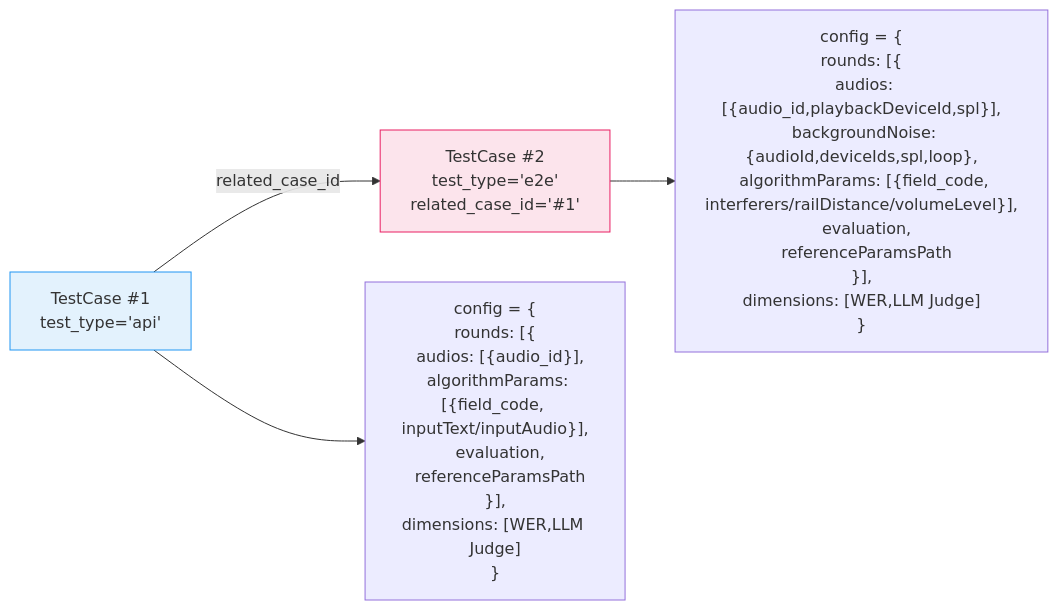
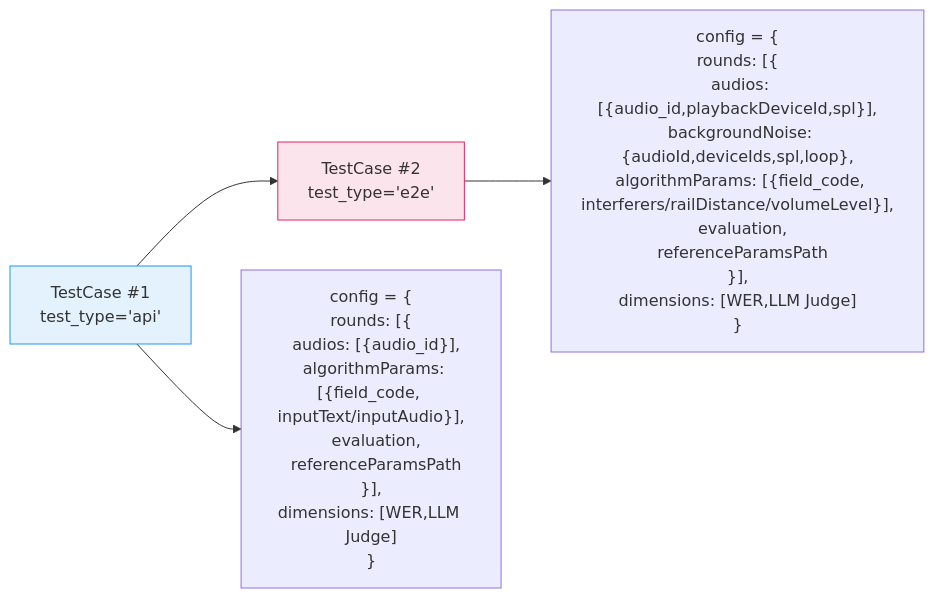
The ninth of 9 diagrams in Intelligent-Audio-TEST/doc/voice_llm/00_改造方案总览.md (ydz-auto/intelligent_audio_test), drawn with Mermaid before and after one commit. The commit also changed other lines of this file and 63 other files, not shown here.

````diff
--- a/Intelligent-Audio-TEST/doc/voice_llm/00_改造方案总览.md
+++ b/Intelligent-Audio-TEST/doc/voice_llm/00_改造方案总览.md
@@ -265,9 +265,9 @@
 ```mermaid
 flowchart LR
-    A1["TestCase #1<br/>test_type='api'"] -->|related_case_id| A2["TestCase #2<br/>test_type='e2e'<br/>related_case_id='#1'"]
+    A1["TestCase #1<br/>test_type='api'"] --> A2["TestCase #2<br/>test_type='e2e'"]
     A1 --> B1["config = {<br/>rounds: [{<br/>  audios: [{audio_id}],<br/>  algorithmParams: [{field_code, inputText/inputAudio}],<br/>  evaluation,<br/>  referenceParamsPath<br/>}],<br/>dimensions: [WER,LLM Judge]<br/>}"]
     A2 --> B2["config = {<br/>rounds: [{<br/>  audios: [{audio_id,playbackDeviceId,spl}],<br/>  backgroundNoise: {audioId,deviceIds,spl,loop},<br/>  algorithmParams: [{field_code, interferers/railDistance/volumeLevel}],<br/>  evaluation,<br/>  referenceParamsPath<br/>}],<br/>dimensions: [WER,LLM Judge]<br/>}"]
     
     style A1 fill:#e3f2fd,stroke:#2196f3
     style A2 fill:#fce4ec,stroke:#e91e63
 ```
````
